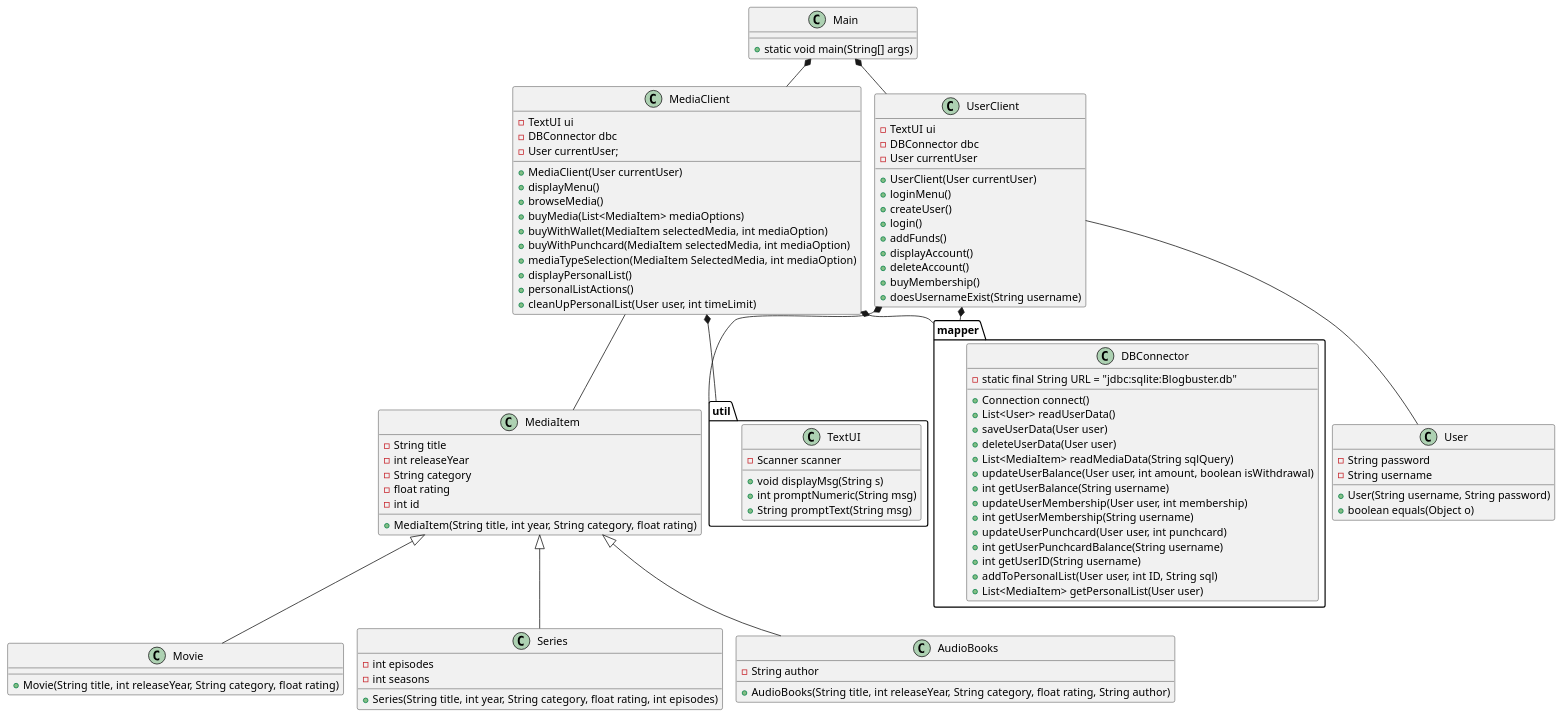
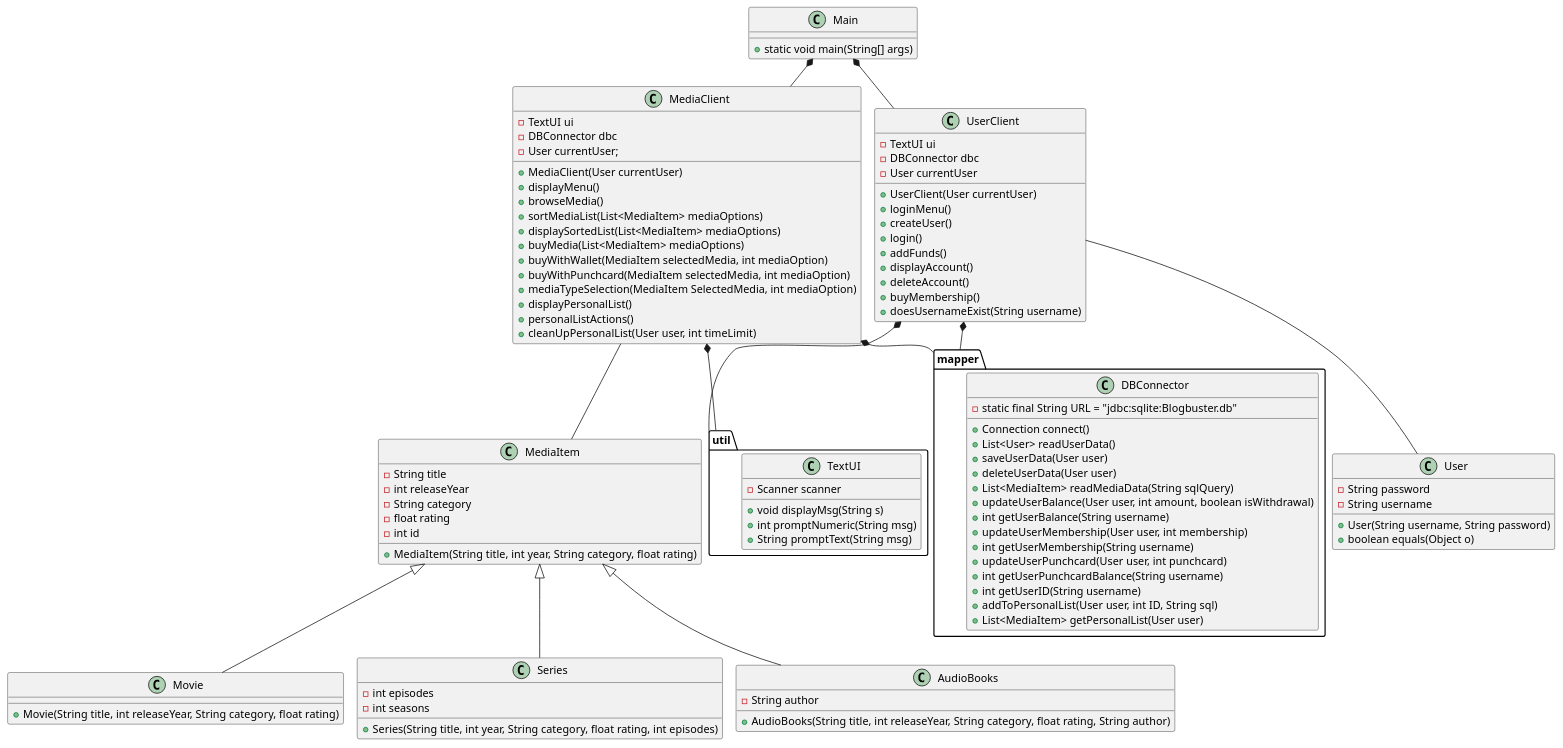
One commit to b-rino/ICE changed the diagram in docs/classdiagram_v0.puml. Above: the diagram before and after it, drawn with PlantUML. The commit also changed 1 other file, not shown here.

```diff
--- a/docs/classdiagram_v0.puml
+++ b/docs/classdiagram_v0.puml
@@ -1,120 +1,122 @@
 @startuml
 !pragma layout smetana
 
 class Main{
 + static void main(String[] args)
 
 }
 
 class MediaItem{
 - String title
 - int releaseYear
 - String category
 - float rating
 - int id
 +MediaItem(String title, int year, String category, float rating)
 
 }
 
 class MediaClient{
 -TextUI ui
 -DBConnector dbc
 -User currentUser;
 +MediaClient(User currentUser)
 +displayMenu()
 +browseMedia()
++sortMediaList(List<MediaItem> mediaOptions)
++displaySortedList(List<MediaItem> mediaOptions)
 +buyMedia(List<MediaItem> mediaOptions)
 +buyWithWallet(MediaItem selectedMedia, int mediaOption)
 +buyWithPunchcard(MediaItem selectedMedia, int mediaOption)
 +mediaTypeSelection(MediaItem SelectedMedia, int mediaOption)
 +displayPersonalList()
 +personalListActions()
 +cleanUpPersonalList(User user, int timeLimit)
 
 }
 
 
 class User{
 -String password
 -String username
 +User(String username, String password)
 +boolean equals(Object o)
 }
 
 
 class Movie{
 
 + Movie(String title, int releaseYear, String category, float rating)
 }
 
 class Series{
 - int episodes
 - int seasons
 +Series(String title, int year, String category, float rating, int episodes)
 }
 
 class AudioBooks{
 - String author
 + AudioBooks(String title, int releaseYear, String category, float rating, String author)
 }
 
 
 class UserClient{
 -TextUI ui
 -DBConnector dbc
 -User currentUser
 +UserClient(User currentUser)
 +loginMenu()
 +createUser()
 +login()
 +addFunds()
 +displayAccount()
 +deleteAccount()
 +buyMembership()
 +doesUsernameExist(String username)
 }
 
 
 package "util" {
 class TextUI{
 - Scanner scanner
 +void displayMsg(String s)
 +int promptNumeric(String msg)
 +String promptText(String msg)
 }
 }
 
 package "mapper" {
 class DBConnector{
 -static final String URL = "jdbc:sqlite:Blogbuster.db"
 +Connection connect()
 +List<User> readUserData()
 +saveUserData(User user)
 +deleteUserData(User user)
 +List<MediaItem> readMediaData(String sqlQuery)
 +updateUserBalance(User user, int amount, boolean isWithdrawal)
 +int getUserBalance(String username)
 +updateUserMembership(User user, int membership)
 +int getUserMembership(String username)
 +updateUserPunchcard(User user, int punchcard)
 +int getUserPunchcardBalance(String username)
 +int getUserID(String username)
 +addToPersonalList(User user, int ID, String sql)
 +List<MediaItem> getPersonalList(User user)
 }
 }
 
 
 MediaItem<|--Series
 MediaItem <|-- Movie
 Main *-- MediaClient
 MediaClient *-- "util"
 MediaClient -- MediaItem
 Main *-- UserClient
 UserClient -- User
 UserClient *--"util"
 UserClient *-- "mapper"
 MediaClient *-- "mapper"
 MediaItem <|-- AudioBooks
 
 @enduml
```
